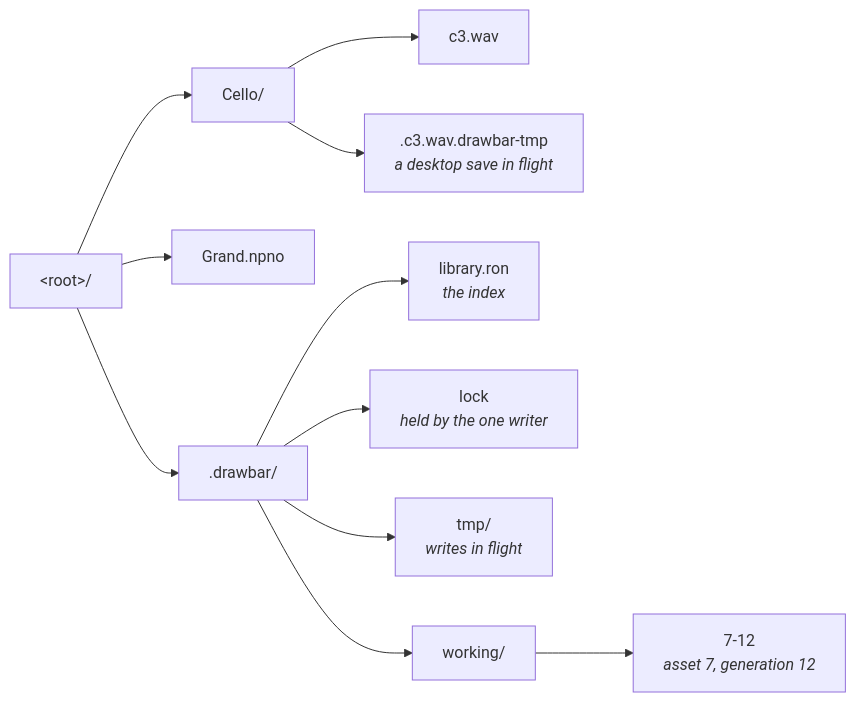
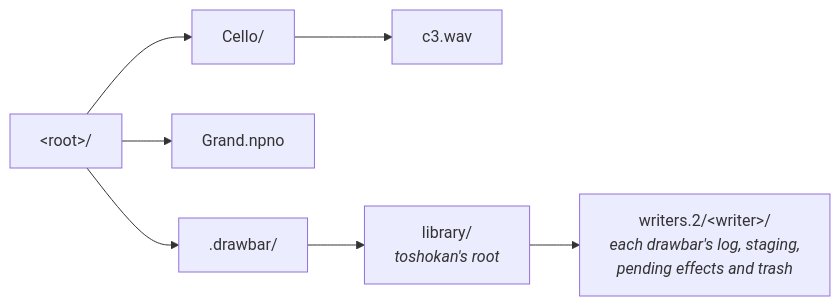
Before and after one commit to jmoo/drawbar: the first of 3 diagrams in docs/src/reference/data-model.md, drawn with Mermaid. The commit also changed other lines of this file and 165 other files, not shown here.

````diff
--- a/docs/src/reference/data-model.md
+++ b/docs/src/reference/data-model.md
@@ -31,14 +35,10 @@
 ```mermaid
 flowchart LR
     root["&lt;root&gt;/"]
     root --> sidecar[".drawbar/"]
     root --> grand["Grand.npno"]
     root --> cello["Cello/"]
     cello --> c3["c3.wav"]
-    cello --> temp[".c3.wav.drawbar-tmp<br/><i>a desktop save in flight</i>"]
-    sidecar --> index["library.ron<br/><i>the index</i>"]
-    sidecar --> lock["lock<br/><i>held by the one writer</i>"]
-    sidecar --> tmp["tmp/<br/><i>writes in flight</i>"]
-    sidecar --> working["working/"]
-    working --> copy["7-12<br/><i>asset 7, generation 12</i>"]
+    sidecar --> library["library/<br/><i>toshokan's root</i>"]
+    library --> writers["writers.2/&lt;writer&gt;/<br/><i>each drawbar's log, staging,<br/>pending effects and trash</i>"]
 ```
````
